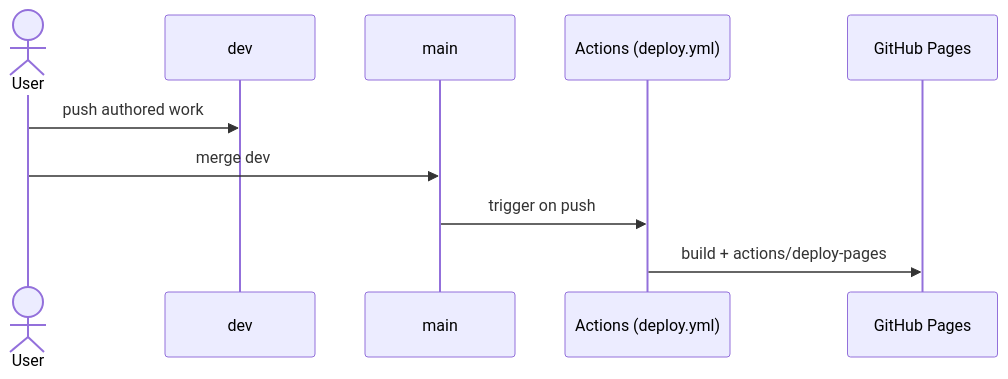
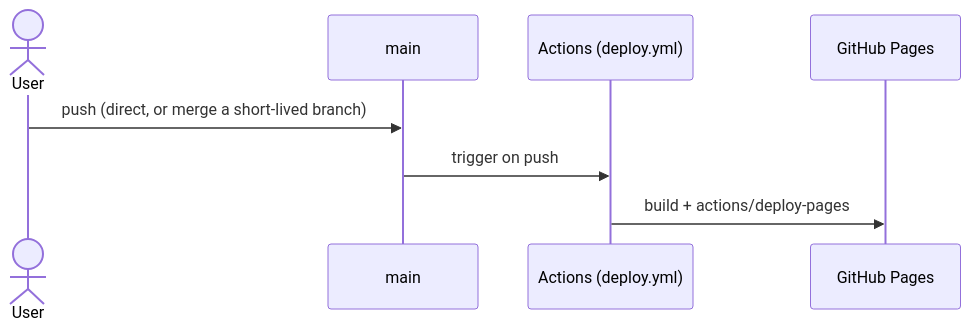
The seventh of 7 diagrams in docs/hldd/hldd.md (Povaz/cheatsheets), drawn with Mermaid before and after one commit. The commit also changed other lines of this file and 121 other files, not shown here.

First line of the commit message:
refactor: Agent-authored content, trunk-based flow, Topic > Sheet

````diff
--- a/docs/hldd/hldd.md
+++ b/docs/hldd/hldd.md
@@ -232,12 +279,10 @@
 ```mermaid
 sequenceDiagram
     actor U as User
-    participant D as dev
     participant M as main
     participant GA as Actions (deploy.yml)
     participant P as GitHub Pages
-    U->>D: push authored work
-    U->>M: merge dev
+    U->>M: push (direct, or merge a short-lived branch)
     M->>GA: trigger on push
     GA->>P: build + actions/deploy-pages
 ```
````
